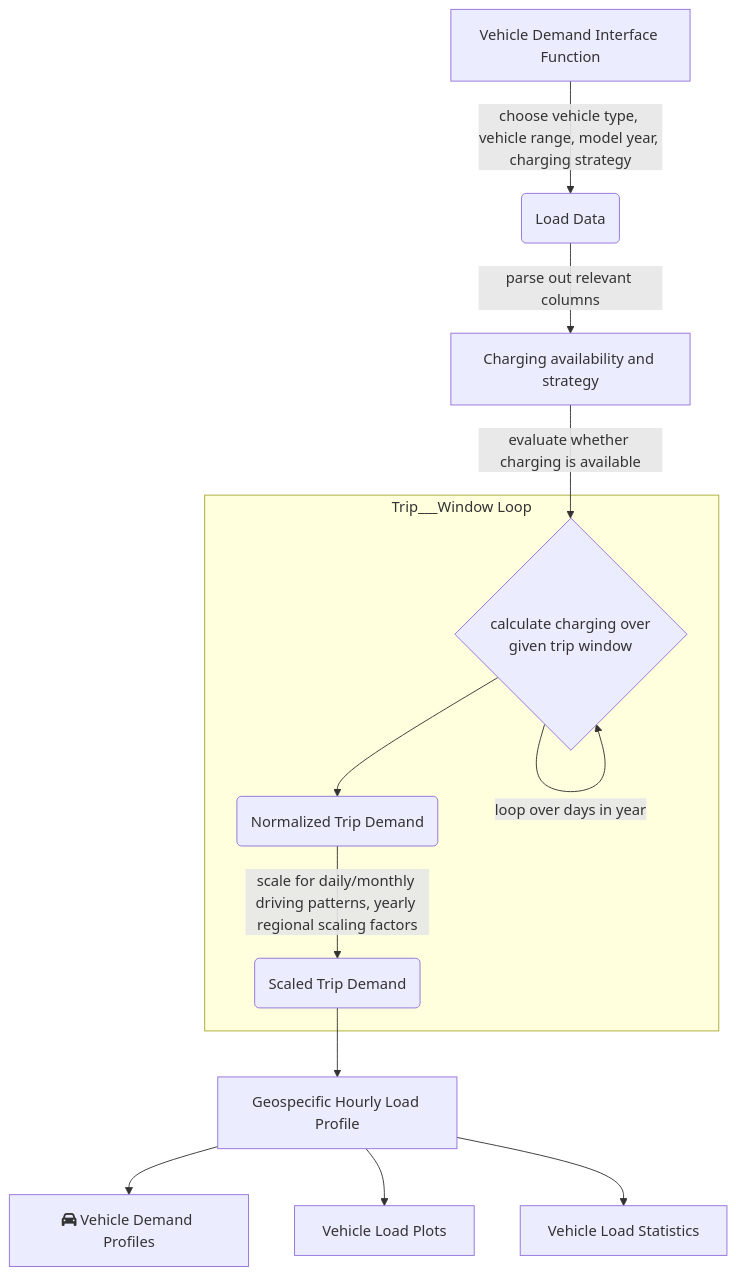
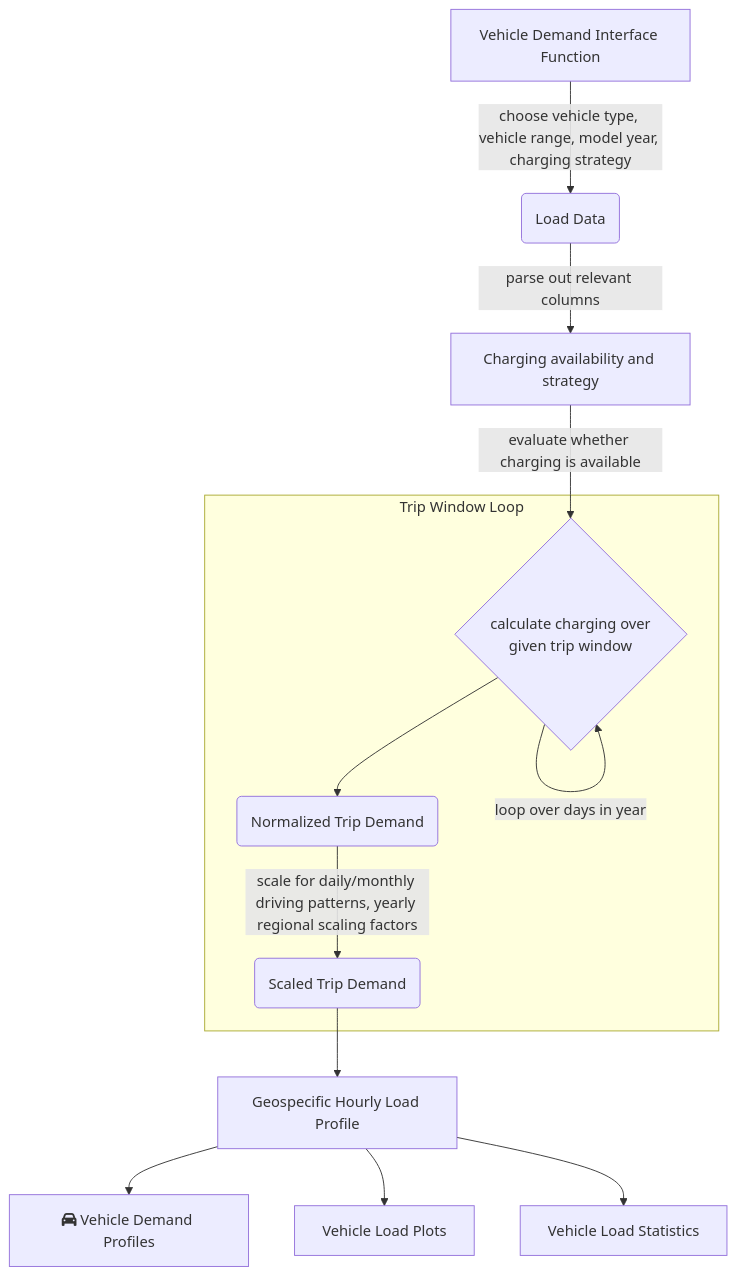
Before and after one commit to Breakthrough-Energy/PreREISE: the diagram in prereise/gather/demanddata/transportation_electrification/README.md, drawn with Mermaid.

Commit message:
doc: update subgraph text

````diff
--- a/prereise/gather/demanddata/transportation_electrification/README.md
+++ b/prereise/gather/demanddata/transportation_electrification/README.md
@@ -3,16 +3,16 @@
 ``` mermaid
 graph TD
     A[Vehicle Demand Interface Function] -->|choose vehicle type, vehicle range, model year, charging strategy| B(Load Data)
     I --> |evaluate whether charging is available| C{calculate charging over \n given trip window} 
     J --> H[Geospecific Hourly Load Profile]
     H --> F[fa:fa-car Vehicle Demand Profiles]
     H --> E[Vehicle Load Plots]
     H --> G[Vehicle Load Statistics]
     B --> |parse out relevant columns| I[Charging availability and strategy]
 
-    subgraph Trip___Window Loop
+    subgraph Trip Window Loop
         C --> D(Normalized Trip Demand)
         D --> |scale for daily/monthly driving patterns, yearly regional scaling factors| J(Scaled Trip Demand)
         C --> |loop over days in year| C
     end
 ```
````
